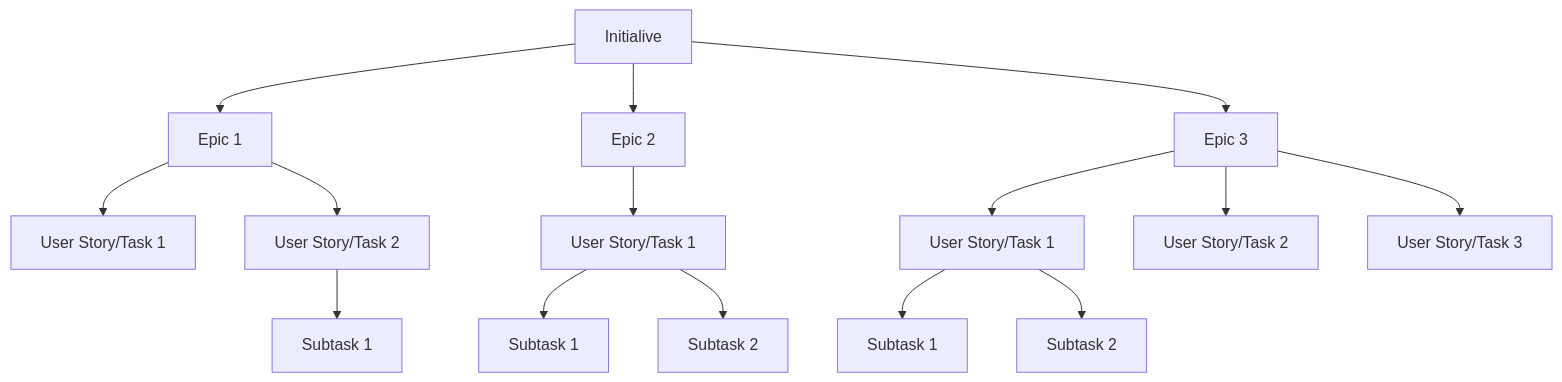
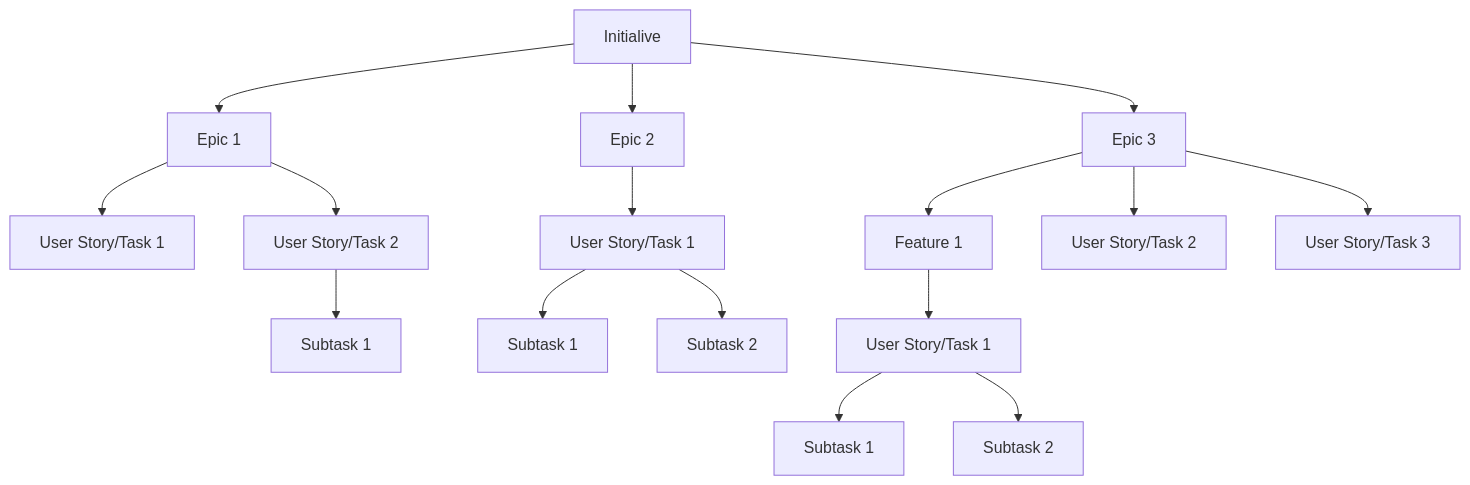
Before and after one commit to erossini/agile: the diagram in agile/initiatives.md, drawn with Mermaid. The commit also changed other lines of this file and 12 other files, not shown here.

````diff
--- a/agile/initiatives.md
+++ b/agile/initiatives.md
@@ -9,18 +9,19 @@
 ```mermaid
 flowchart TD
     B["Initialive"]
     B-->C["Epic 1"]
     B-->D["Epic 2"]
     B-->E["Epic 3"]
     C-->S1["User Story/Task 1"]
     C-->S2["User Story/Task 2"]
     S2-->US1["Subtask 1"]
     D-->S3["User Story/Task 1"]
     S3-->US2["Subtask 1"]
     S3-->US3["Subtask 2"]
-    E-->S4["User Story/Task 1"]
+    E-->F["Feature 1"]
+    F-->S4["User Story/Task 1"]
     E-->S5["User Story/Task 2"]
     E-->S6["User Story/Task 3"]
     S4-->US4["Subtask 1"]
     S4-->US5["Subtask 2"]
 ```
````
